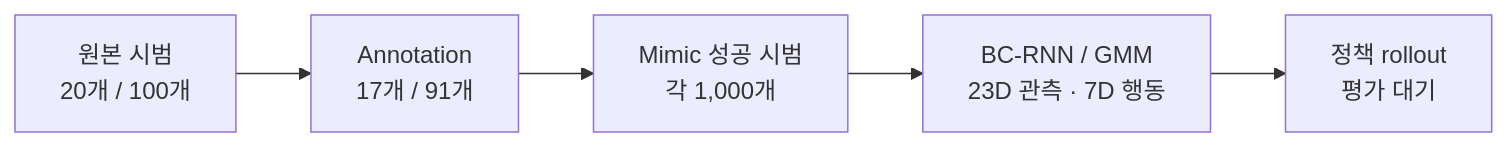
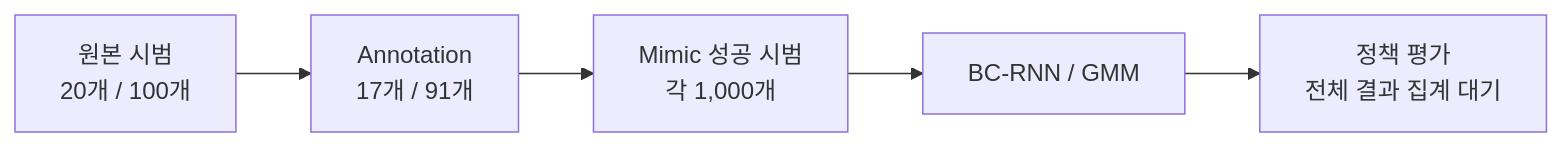
One commit to Kim-KiSuk/Robotics-Simulation-Assignment2 changed the diagram in README.md. Above: the diagram before and after it, drawn with Mermaid. The commit also changed other lines of this file and 134 other files, not shown here.

````diff
--- a/README.md
+++ b/README.md
@@ -20,7 +28,7 @@
 ```mermaid
 flowchart LR
     A["원본 시범<br/>20개 / 100개"] --> B["Annotation<br/>17개 / 91개"]
     B --> C["Mimic 성공 시범<br/>각 1,000개"]
-    C --> D["BC-RNN / GMM<br/>23D 관측 · 7D 행동"]
-    D --> E["정책 rollout<br/>평가 대기"]
+    C --> D["BC-RNN / GMM"]
+    D --> E["정책 평가<br/>전체 결과 집계 대기"]
 ```
````
